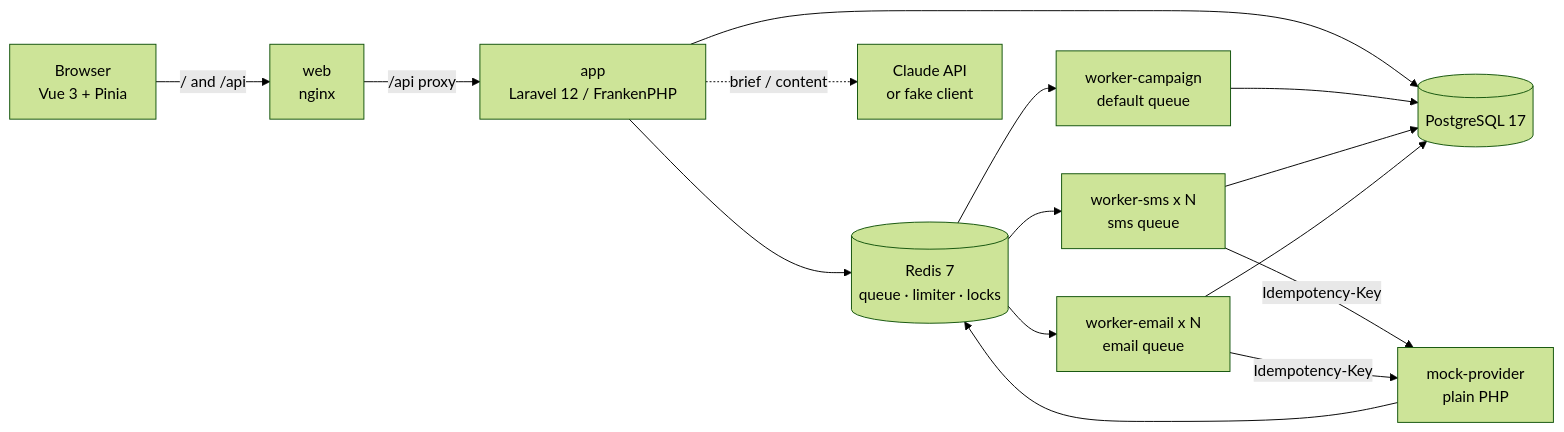
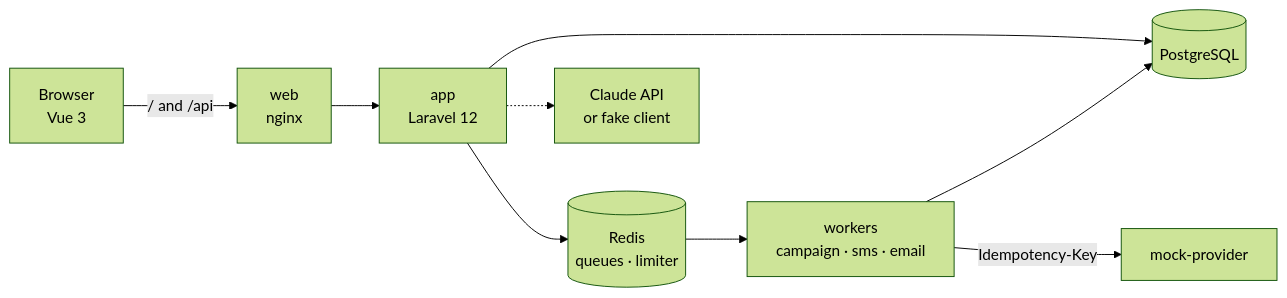
One commit to Sdrs81/smart-campaign-composer changed the first of 2 diagrams in README.md. Above: the diagram before and after it, drawn with Mermaid (forest theme). The commit also changed other lines of this file, not shown here.

Commit message:
docs: simplify README diagram and scope, fix setup notes

````diff
--- a/README.md
+++ b/README.md
@@ -28,17 +28,11 @@
 ```mermaid
 flowchart LR
-    Browser["Browser<br/>Vue 3 + Pinia"] -->|"/ and /api"| Web["web<br/>nginx"]
-    Web -->|"/api proxy"| App["app<br/>Laravel 12 / FrankenPHP"]
-    App --> PG[("PostgreSQL 17")]
-    App --> Redis[("Redis 7<br/>queue · limiter · locks")]
-    App -.->|"brief / content"| LLM["Claude API<br/>or fake client"]
-    Redis --> WC["worker-campaign<br/>default queue"]
-    Redis --> WS["worker-sms x N<br/>sms queue"]
-    Redis --> WE["worker-email x N<br/>email queue"]
-    WC --> PG
-    WS -->|"Idempotency-Key"| Mock["mock-provider<br/>plain PHP"]
-    WE -->|"Idempotency-Key"| Mock
-    WS --> PG
-    WE --> PG
-    Mock --> Redis
+    Browser["Browser<br/>Vue 3"] -->|"/ and /api"| Web["web<br/>nginx"]
+    Web --> App["app<br/>Laravel 12"]
+    App --> PG[("PostgreSQL")]
+    App --> Redis[("Redis<br/>queues · limiter")]
+    App -.-> LLM["Claude API<br/>or fake client"]
+    Redis --> Workers["workers<br/>campaign · sms · email"]
+    Workers --> PG
+    Workers -->|"Idempotency-Key"| Mock["mock-provider"]
 ```
````
